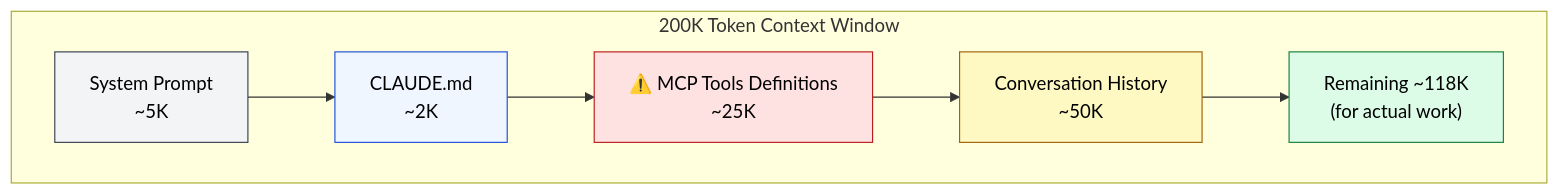
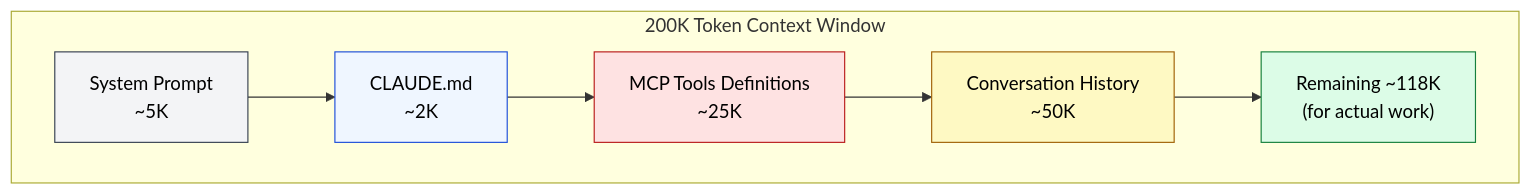
One commit to shuji-bonji/understanding-llm-through-claude-code changed the diagram in docs/06-tool-context/mcp-context-cost.md. Above: the diagram before and after it, drawn with Mermaid. The commit also changed other lines of this file and 44 other files, not shown here.

````diff
--- a/docs/06-tool-context/mcp-context-cost.md
+++ b/docs/06-tool-context/mcp-context-cost.md
@@ -22,19 +22,19 @@
 ```mermaid
 graph TB
     subgraph budget ["200K Token Context Window"]
         direction LR
         SP["System Prompt<br>~5K"]
         CM["CLAUDE.md<br>~2K"]
-        MCP["⚠️ MCP Tools Definitions<br>~25K"]
+        MCP["MCP Tools Definitions<br>~25K"]
         CH["Conversation History<br>~50K"]
         FREE["Remaining ~118K<br>(for actual work)"]
     end
 
     SP --> CM --> MCP --> CH --> FREE
 
     style SP fill:#f3f4f6,stroke:#374151,color:#000
     style CM fill:#eff6ff,stroke:#1d4ed8,color:#000
     style MCP fill:#fee2e2,stroke:#b91c1c,color:#000
     style CH fill:#fef9c3,stroke:#a16207,color:#000
     style FREE fill:#dcfce7,stroke:#15803d,color:#000
 ```
````
